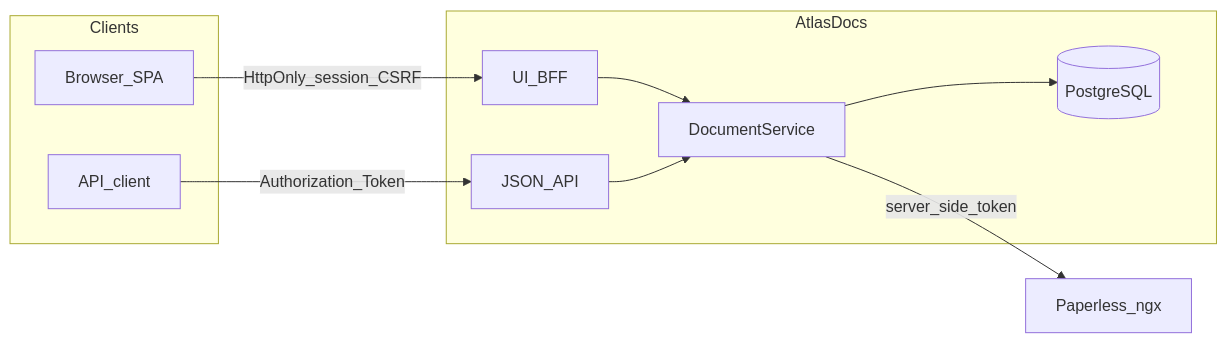
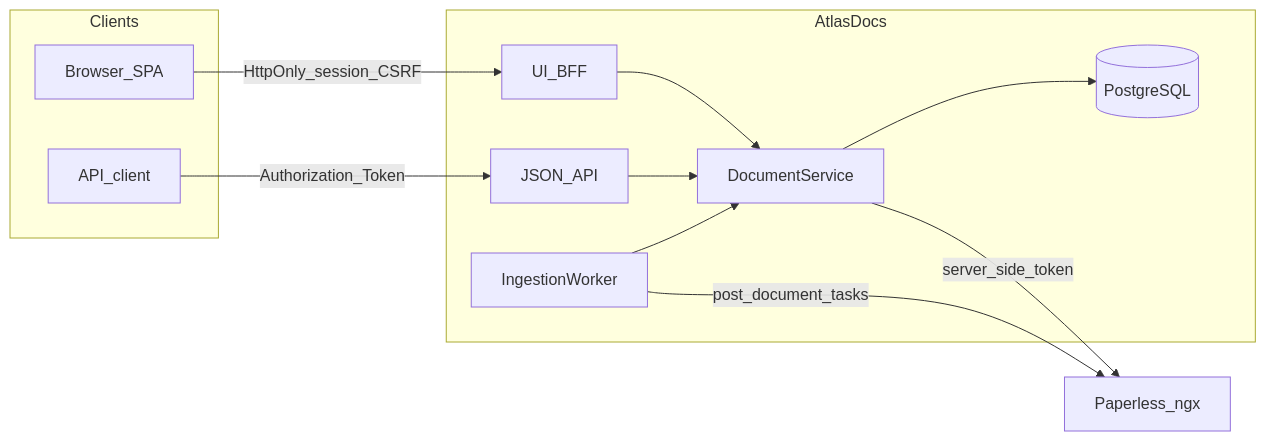
One commit to didac-crst/atlas-docs changed the first of 2 diagrams in docs/architecture.md. Above: the diagram before and after it, drawn with Mermaid. The commit also changed other lines of this file and 49 other files, not shown here.

````diff
--- a/docs/architecture.md
+++ b/docs/architecture.md
@@ -20,20 +20,23 @@
 ```mermaid
 flowchart LR
   subgraph clients [Clients]
     Browser[Browser_SPA]
     ApiClient[API_client]
   end
   subgraph atlas [AtlasDocs]
     BFF[UI_BFF]
     REST[JSON_API]
     Domain[DocumentService]
+    Worker[IngestionWorker]
     DB[(PostgreSQL)]
   end
   Paperless[Paperless_ngx]
   Browser -->|"HttpOnly_session_CSRF"| BFF
   ApiClient -->|"Authorization_Token"| REST
   BFF --> Domain
   REST --> Domain
   Domain --> DB
   Domain -->|"server_side_token"| Paperless
+  Worker --> Domain
+  Worker -->|"post_document_tasks"| Paperless
 ```
````
